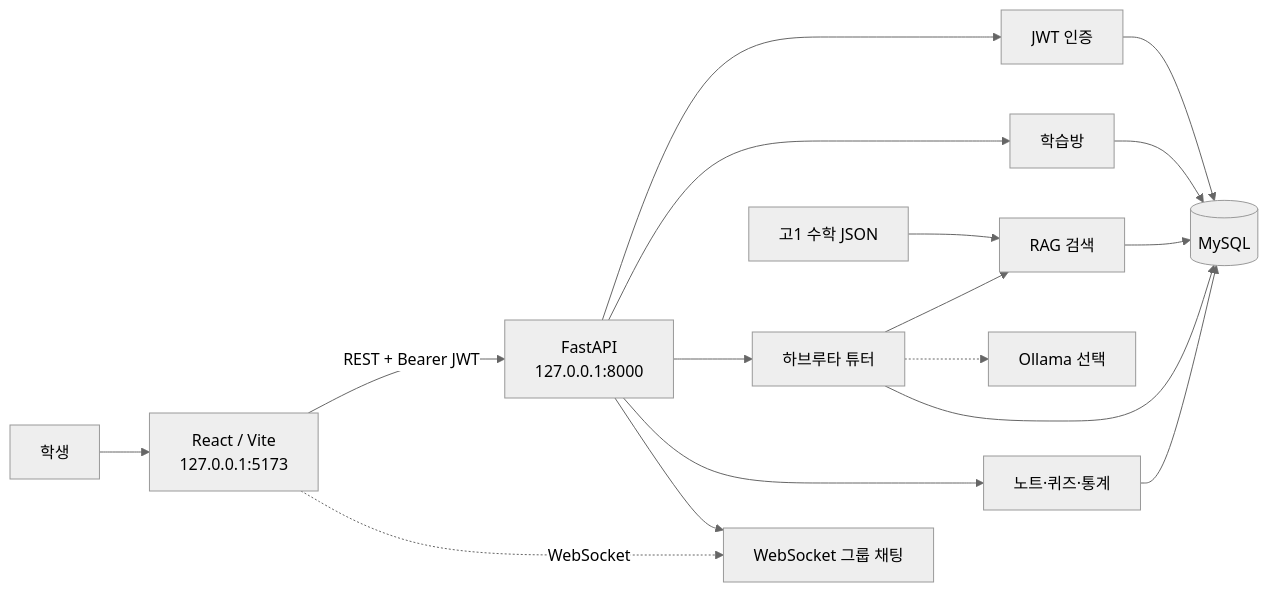
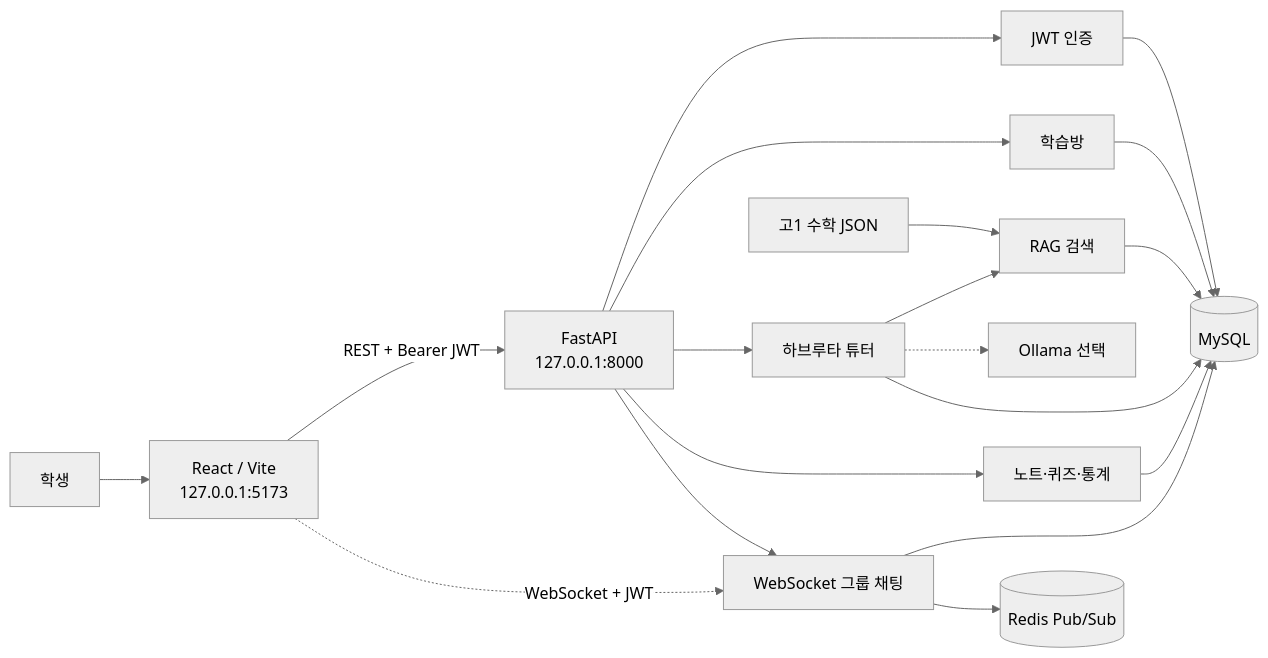
One commit to 20211400jiho/havruta-ai-tutor changed the first of 4 diagrams in docs/PROJECT_MANUAL.md. Above: the diagram before and after it, drawn with Mermaid (neutral theme). The commit also changed other lines of this file and 26 other files, not shown here.

````diff
--- a/docs/PROJECT_MANUAL.md
+++ b/docs/PROJECT_MANUAL.md
@@ -119,32 +119,35 @@
 ```mermaid
 flowchart LR
     Student[학생]
     React[React / Vite\n127.0.0.1:5173]
     API[FastAPI\n127.0.0.1:8000]
     Auth[JWT 인증]
     Room[학습방]
     Tutor[하브루타 튜터]
     RAG[RAG 검색]
     Content[노트·퀴즈·통계]
     WS[WebSocket 그룹 채팅]
+    Redis[(Redis Pub/Sub)]
     MySQL[(MySQL)]
     JSON[고1 수학 JSON]
     Ollama[Ollama 선택]
 
     Student --> React
     React -->|REST + Bearer JWT| API
-    React -.->|WebSocket| WS
+    React -.->|WebSocket + JWT| WS
     API --> Auth
     API --> Room
     API --> Tutor
     API --> Content
     API --> WS
+    WS --> MySQL
+    WS --> Redis
     Tutor --> RAG
     Tutor -.-> Ollama
     Auth --> MySQL
     Room --> MySQL
     Tutor --> MySQL
     Content --> MySQL
     JSON --> RAG
     RAG --> MySQL
 ```
````
